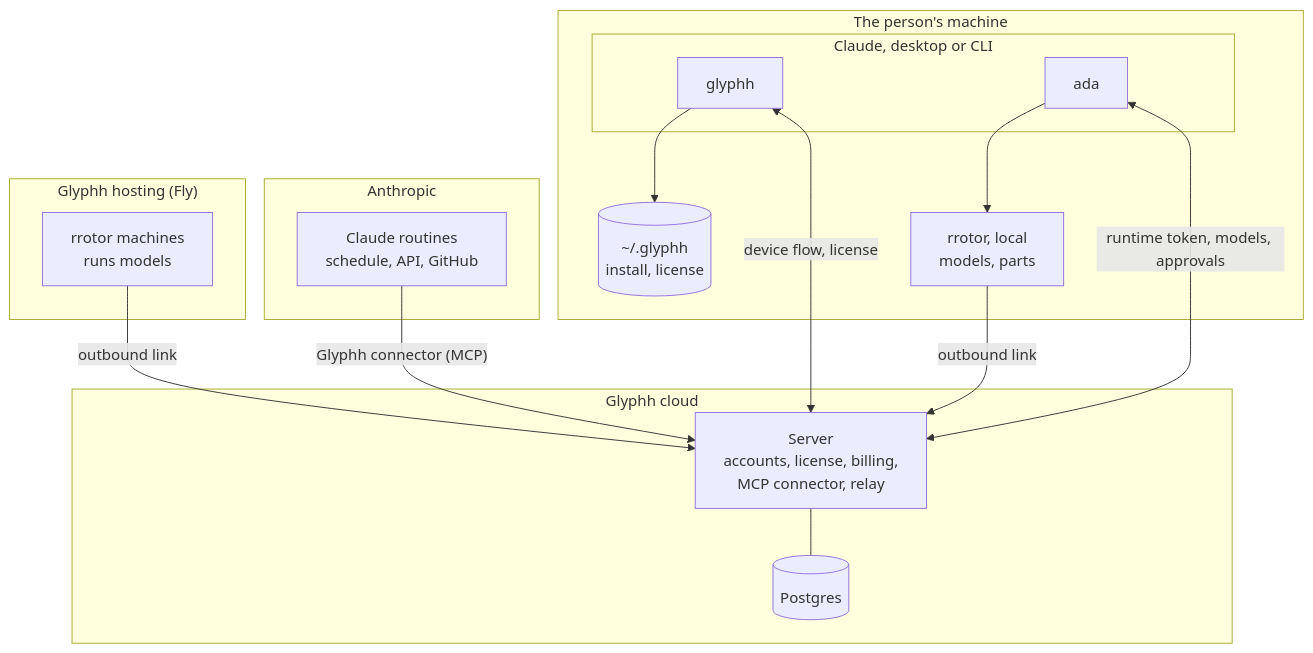
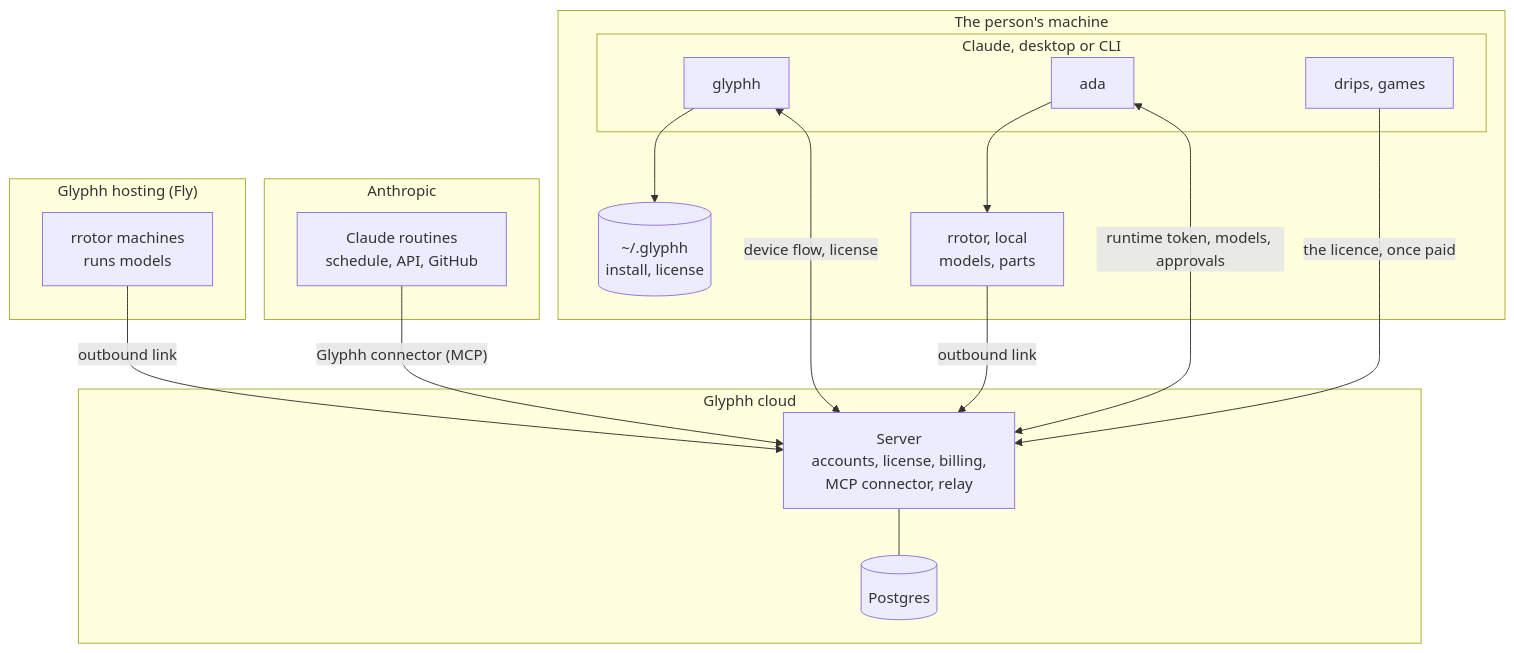
One commit to glyphh-ai/server changed the first of 2 diagrams in docs/architecture.md. Above: the diagram before and after it, drawn with Mermaid. The commit also changed other lines of this file and 13 other files, not shown here.

First line of the commit message:
Bought once: Drips and Games unlock through the server

````diff
--- a/docs/architecture.md
+++ b/docs/architecture.md
@@ -24,33 +26,35 @@
 ```mermaid
 flowchart TB
     subgraph Machine["The person's machine"]
         subgraph Claude["Claude, desktop or CLI"]
             Base["glyphh"]
             Ada["ada"]
+            Fun["drips, games"]
         end
         LocalRotor["rrotor, local<br/>models, parts"]
         Local[("~/.glyphh<br/>install, license")]
         Ada --> LocalRotor
         Base --> Local
     end
 
     subgraph Anthropic["Anthropic"]
         Routine["Claude routines<br/>schedule, API, GitHub"]
     end
 
     subgraph Cloud["Glyphh cloud"]
         API["Server<br/>accounts, license, billing,<br/>MCP connector, relay"]
         DB[("Postgres")]
         API --- DB
     end
 
     subgraph Fly["Glyphh hosting (Fly)"]
         Rotor["rrotor machines<br/>runs models"]
     end
 
     Base <-- "device flow, license" --> API
     Ada <-- "runtime token, models, approvals" --> API
+    Fun -- "the licence, once paid" --> API
     Routine -- "Glyphh connector (MCP)" --> API
     Rotor -- "outbound link" --> API
     LocalRotor -- "outbound link" --> API
 ```
````
